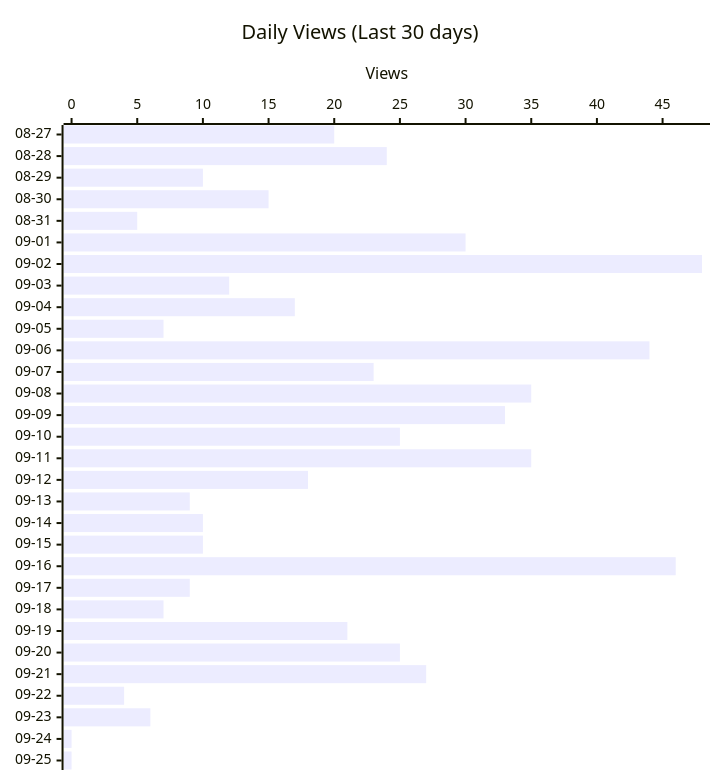
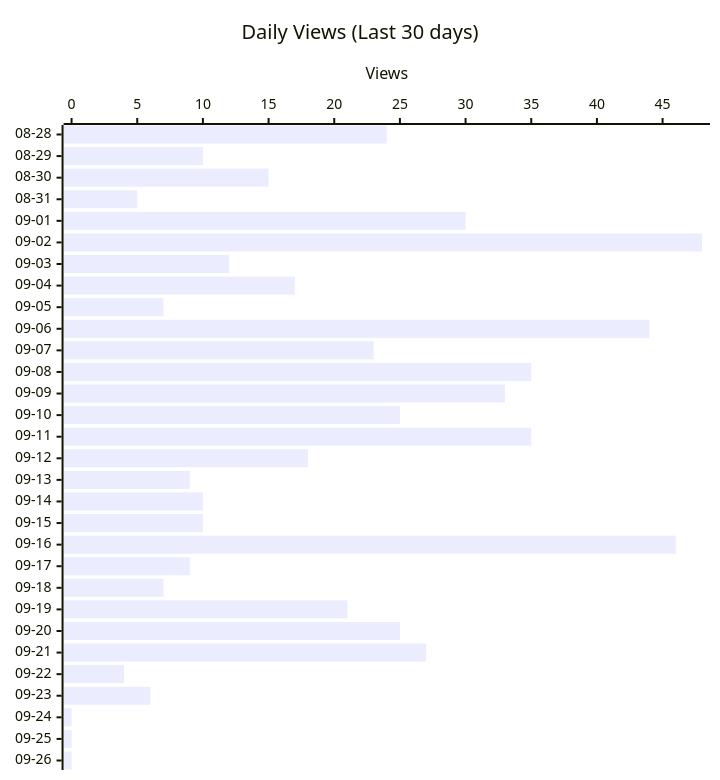
The second of 4 diagrams in README.md (shigechika/github-insights), drawn with Mermaid before and after one commit. The commit also changed other lines of this file and 2 other files, not shown here.

````diff
--- a/README.md
+++ b/README.md
@@ -28,12 +28,12 @@
 ```mermaid
 ---
 config:
   xyChart:
     height: 760
 ---
 xychart-beta horizontal
     title "Daily Views (Last 30 days)"
-    x-axis ["08-27", "08-28", "08-29", "08-30", "08-31", "09-01", "09-02", "09-03", "09-04", "09-05", "09-06", "09-07", "09-08", "09-09", "09-10", "09-11", "09-12", "09-13", "09-14", "09-15", "09-16", "09-17", "09-18", "09-19", "09-20", "09-21", "09-22", "09-23", "09-24", "09-25"]
+    x-axis ["08-28", "08-29", "08-30", "08-31", "09-01", "09-02", "09-03", "09-04", "09-05", "09-06", "09-07", "09-08", "09-09", "09-10", "09-11", "09-12", "09-13", "09-14", "09-15", "09-16", "09-17", "09-18", "09-19", "09-20", "09-21", "09-22", "09-23", "09-24", "09-25", "09-26"]
     y-axis "Views"
-    bar [20, 24, 10, 15, 5, 30, 48, 12, 17, 7, 44, 23, 35, 33, 25, 35, 18, 9, 10, 10, 46, 9, 7, 21, 25, 27, 4, 6, 0, 0]
+    bar [24, 10, 15, 5, 30, 48, 12, 17, 7, 44, 23, 35, 33, 25, 35, 18, 9, 10, 10, 46, 9, 7, 21, 25, 27, 4, 6, 0, 0, 0]
 ```
````
